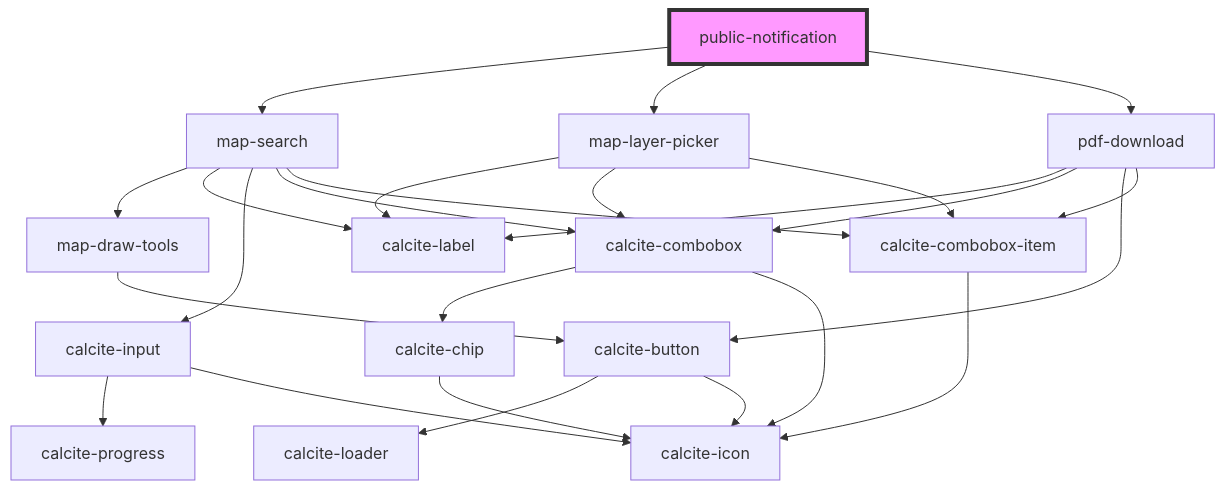
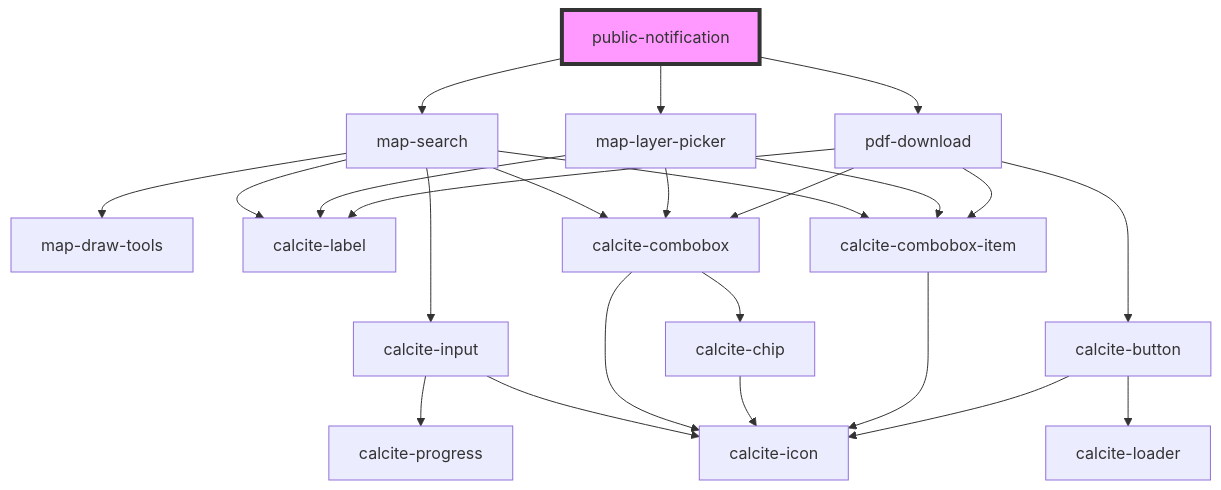
The diagram in src/components/public-notification/readme.md (Esri/solutions-components), drawn with Mermaid before and after one commit. The commit also changed 14 other files, not shown here.

````diff
--- a/src/components/public-notification/readme.md
+++ b/src/components/public-notification/readme.md
@@ -26,28 +26,27 @@
 ```mermaid
 graph TD;
   public-notification --> map-search
   public-notification --> map-layer-picker
   public-notification --> pdf-download
   map-search --> map-draw-tools
   map-search --> calcite-label
   map-search --> calcite-input
   map-search --> calcite-combobox
   map-search --> calcite-combobox-item
-  map-draw-tools --> calcite-button
-  calcite-button --> calcite-loader
-  calcite-button --> calcite-icon
   calcite-input --> calcite-progress
   calcite-input --> calcite-icon
   calcite-combobox --> calcite-chip
   calcite-combobox --> calcite-icon
   calcite-chip --> calcite-icon
   calcite-combobox-item --> calcite-icon
   map-layer-picker --> calcite-label
   map-layer-picker --> calcite-combobox
   map-layer-picker --> calcite-combobox-item
   pdf-download --> calcite-label
   pdf-download --> calcite-combobox
   pdf-download --> calcite-button
   pdf-download --> calcite-combobox-item
+  calcite-button --> calcite-loader
+  calcite-button --> calcite-icon
   style public-notification fill:#f9f,stroke:#333,stroke-width:4px
 ```
````
